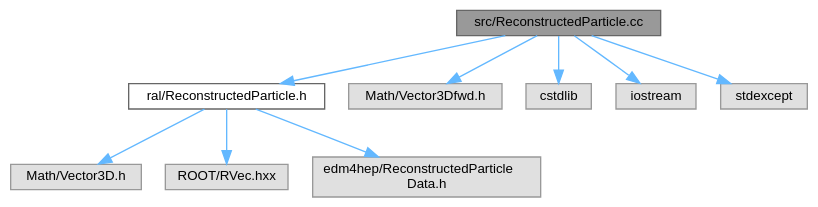
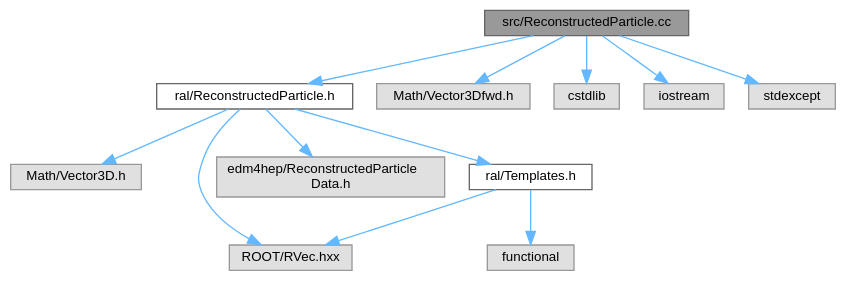
One commit to Juanki0396/ral changed the diagram in docs/ReconstructedParticle_8cc__incl.dot. Above: the diagram before and after it, drawn with Graphviz. The commit also changed 37 other files, not shown here.

```diff
--- a/docs/ReconstructedParticle_8cc__incl.dot
+++ b/docs/ReconstructedParticle_8cc__incl.dot
@@ -1,24 +1,29 @@
 digraph "src/ReconstructedParticle.cc"
 {
  // LATEX_PDF_SIZE
   bgcolor="transparent";
   edge [fontname=Helvetica,fontsize=10,labelfontname=Helvetica,labelfontsize=10];
   node [fontname=Helvetica,fontsize=10,shape=box,height=0.2,width=0.4];
   Node1 [id="Node000001",label="src/ReconstructedParticle.cc",height=0.2,width=0.4,color="gray40", fillcolor="grey60", style="filled", fontcolor="black",tooltip=" "];
   Node1 -> Node2 [id="edge1_Node000001_Node000002",color="steelblue1",style="solid",tooltip=" "];
   Node2 [id="Node000002",label="ral/ReconstructedParticle.h",height=0.2,width=0.4,color="grey40", fillcolor="white", style="filled",URL="$ReconstructedParticle_8h.html",tooltip=" "];
   Node2 -> Node3 [id="edge2_Node000002_Node000003",color="steelblue1",style="solid",tooltip=" "];
   Node3 [id="Node000003",label="Math/Vector3D.h",height=0.2,width=0.4,color="grey60", fillcolor="#E0E0E0", style="filled",tooltip=" "];
   Node2 -> Node4 [id="edge3_Node000002_Node000004",color="steelblue1",style="solid",tooltip=" "];
   Node4 [id="Node000004",label="ROOT/RVec.hxx",height=0.2,width=0.4,color="grey60", fillcolor="#E0E0E0", style="filled",tooltip=" "];
   Node2 -> Node5 [id="edge4_Node000002_Node000005",color="steelblue1",style="solid",tooltip=" "];
   Node5 [id="Node000005",label="edm4hep/ReconstructedParticle\lData.h",height=0.2,width=0.4,color="grey60", fillcolor="#E0E0E0", style="filled",tooltip=" "];
-  Node1 -> Node6 [id="edge5_Node000001_Node000006",color="steelblue1",style="solid",tooltip=" "];
-  Node6 [id="Node000006",label="Math/Vector3Dfwd.h",height=0.2,width=0.4,color="grey60", fillcolor="#E0E0E0", style="filled",tooltip=" "];
-  Node1 -> Node7 [id="edge6_Node000001_Node000007",color="steelblue1",style="solid",tooltip=" "];
-  Node7 [id="Node000007",label="cstdlib",height=0.2,width=0.4,color="grey60", fillcolor="#E0E0E0", style="filled",tooltip=" "];
-  Node1 -> Node8 [id="edge7_Node000001_Node000008",color="steelblue1",style="solid",tooltip=" "];
-  Node8 [id="Node000008",label="iostream",height=0.2,width=0.4,color="grey60", fillcolor="#E0E0E0", style="filled",tooltip=" "];
-  Node1 -> Node9 [id="edge8_Node000001_Node000009",color="steelblue1",style="solid",tooltip=" "];
-  Node9 [id="Node000009",label="stdexcept",height=0.2,width=0.4,color="grey60", fillcolor="#E0E0E0", style="filled",tooltip=" "];
+  Node2 -> Node6 [id="edge5_Node000002_Node000006",color="steelblue1",style="solid",tooltip=" "];
+  Node6 [id="Node000006",label="ral/Templates.h",height=0.2,width=0.4,color="grey40", fillcolor="white", style="filled",URL="$Templates_8h.html",tooltip=" "];
+  Node6 -> Node7 [id="edge6_Node000006_Node000007",color="steelblue1",style="solid",tooltip=" "];
+  Node7 [id="Node000007",label="functional",height=0.2,width=0.4,color="grey60", fillcolor="#E0E0E0", style="filled",tooltip=" "];
+  Node6 -> Node4 [id="edge7_Node000006_Node000004",color="steelblue1",style="solid",tooltip=" "];
+  Node1 -> Node8 [id="edge8_Node000001_Node000008",color="steelblue1",style="solid",tooltip=" "];
+  Node8 [id="Node000008",label="Math/Vector3Dfwd.h",height=0.2,width=0.4,color="grey60", fillcolor="#E0E0E0", style="filled",tooltip=" "];
+  Node1 -> Node9 [id="edge9_Node000001_Node000009",color="steelblue1",style="solid",tooltip=" "];
+  Node9 [id="Node000009",label="cstdlib",height=0.2,width=0.4,color="grey60", fillcolor="#E0E0E0", style="filled",tooltip=" "];
+  Node1 -> Node10 [id="edge10_Node000001_Node000010",color="steelblue1",style="solid",tooltip=" "];
+  Node10 [id="Node000010",label="iostream",height=0.2,width=0.4,color="grey60", fillcolor="#E0E0E0", style="filled",tooltip=" "];
+  Node1 -> Node11 [id="edge11_Node000001_Node000011",color="steelblue1",style="solid",tooltip=" "];
+  Node11 [id="Node000011",label="stdexcept",height=0.2,width=0.4,color="grey60", fillcolor="#E0E0E0", style="filled",tooltip=" "];
 }
```
